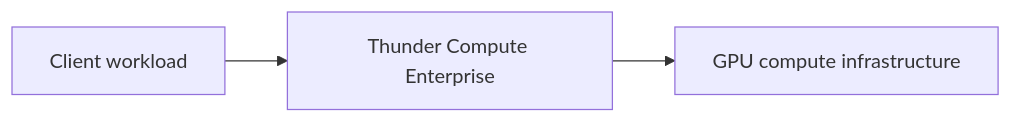
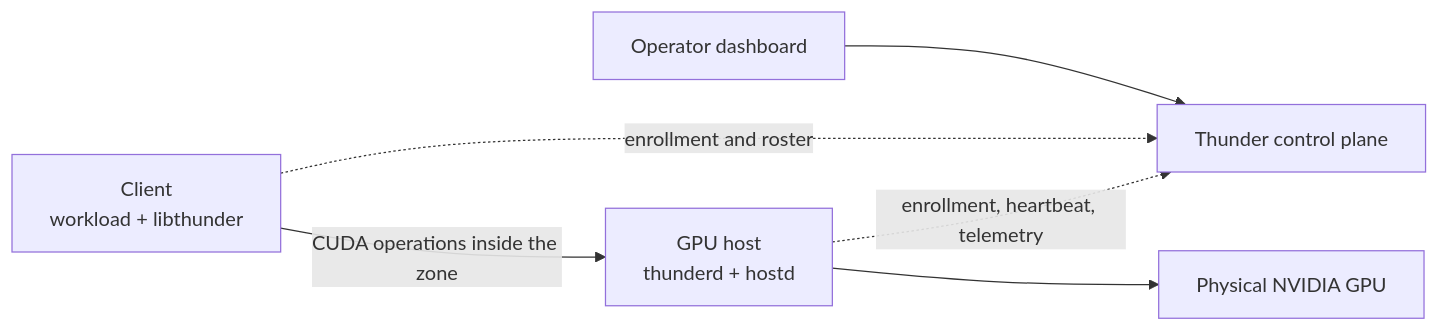
One commit to Thunder-Compute/thunder-compute-enterprise-docs changed the diagram in architecture.mdx. Above: the diagram before and after it, drawn with Mermaid. The commit also changed other lines of this file and 10 other files, not shown here.

Commit message:
Improve enterprise host setup documentation

````diff
--- a/architecture.mdx
+++ b/architecture.mdx
@@ -14,5 +10,14 @@
 ```mermaid
 flowchart LR
-  workload[Client workload] --> enterprise[Thunder Compute Enterprise]
-  enterprise --> compute[GPU compute infrastructure]
+  control[Thunder control plane]
+  dashboard[Operator dashboard]
+  client[Client<br/>workload + libthunder]
+  daemon[GPU host<br/>thunderd + hostd]
+  gpu[Physical NVIDIA GPU]
+
+  dashboard --> control
+  client -. enrollment and roster .-> control
+  daemon -. enrollment, heartbeat, telemetry .-> control
+  client -->|CUDA operations inside the zone| daemon
+  daemon --> gpu
 ```
````
